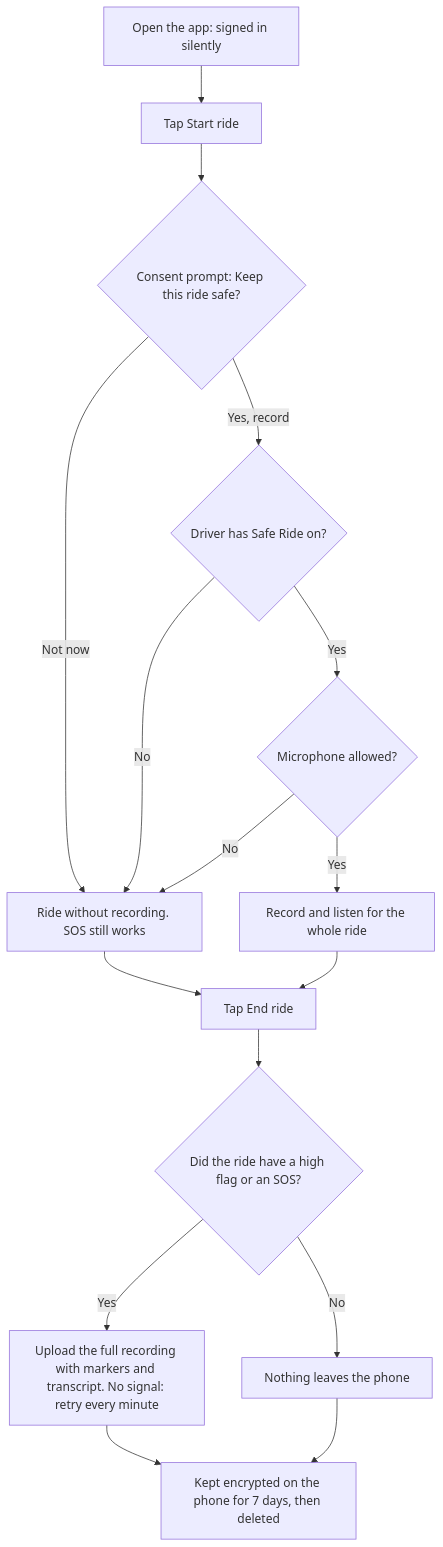
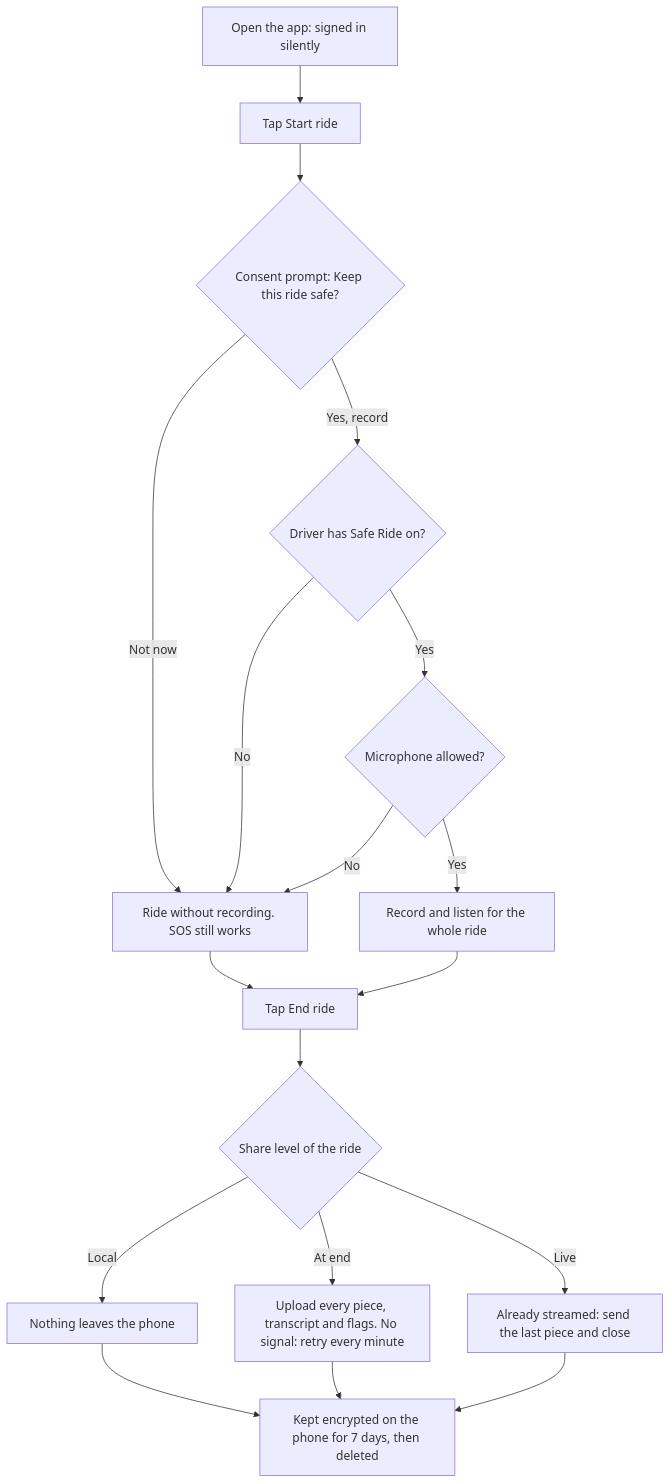
Before and after one commit to RahardiSalim/we-are-just-interns-be: the first of 2 diagrams in mobile/README.md, drawn with Mermaid. The commit also changed other lines of this file and 36 other files, not shown here.

First line of the commit message:
Share levels, live streaming, report flow, quiet high-flag check, driver mode

````diff
--- a/mobile/README.md
+++ b/mobile/README.md
@@ -28,18 +28,20 @@
 ```mermaid
 flowchart TD
     A[Open the app: signed in silently] --> B[Tap Start ride]
     B --> C{Consent prompt: Keep this ride safe?}
     C -- Not now --> D[Ride without recording. SOS still works]
     C -- Yes, record --> E{Driver has Safe Ride on?}
     E -- No --> D
     E -- Yes --> F{Microphone allowed?}
     F -- No --> D
     F -- Yes --> G[Record and listen for the whole ride]
     G --> H[Tap End ride]
     D --> H
-    H --> I{Did the ride have a high flag or an SOS?}
-    I -- Yes --> J[Upload the full recording with markers and transcript. No signal: retry every minute]
-    I -- No --> K[Nothing leaves the phone]
+    H --> I{Share level of the ride}
+    I -- Local --> K[Nothing leaves the phone]
+    I -- At end --> J[Upload every piece, transcript and flags. No signal: retry every minute]
+    I -- Live --> J2[Already streamed: send the last piece and close]
     J --> L[Kept encrypted on the phone for 7 days, then deleted]
+    J2 --> L
     K --> L
 ```
````
